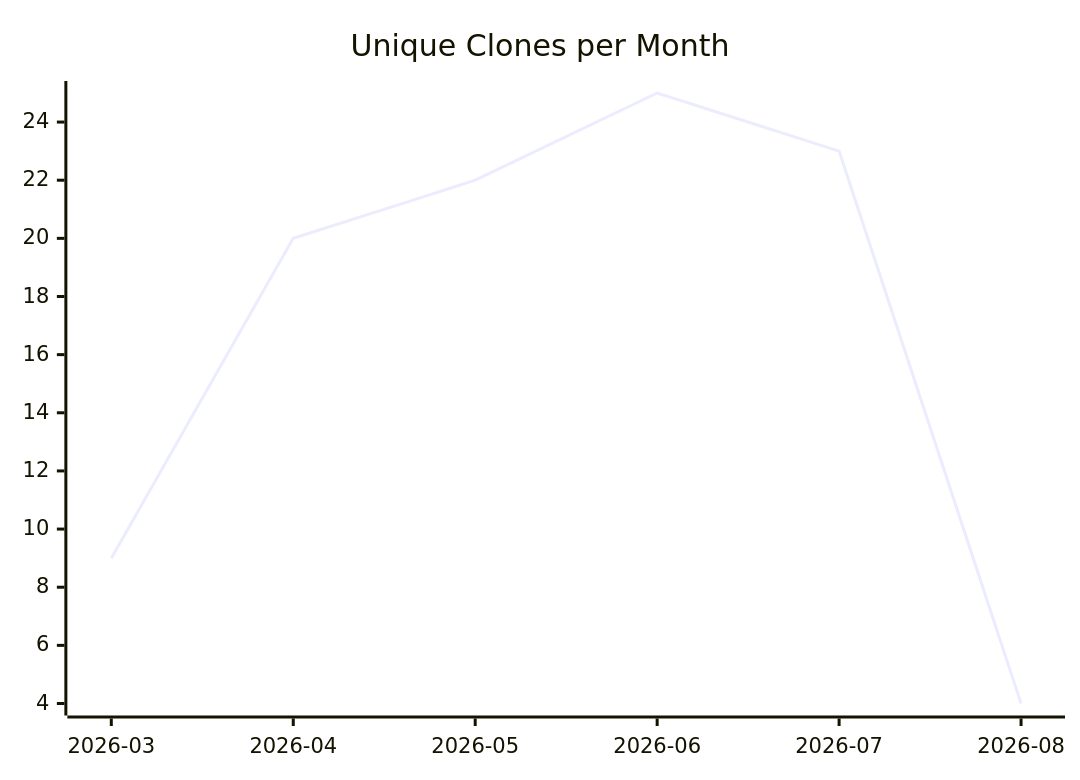
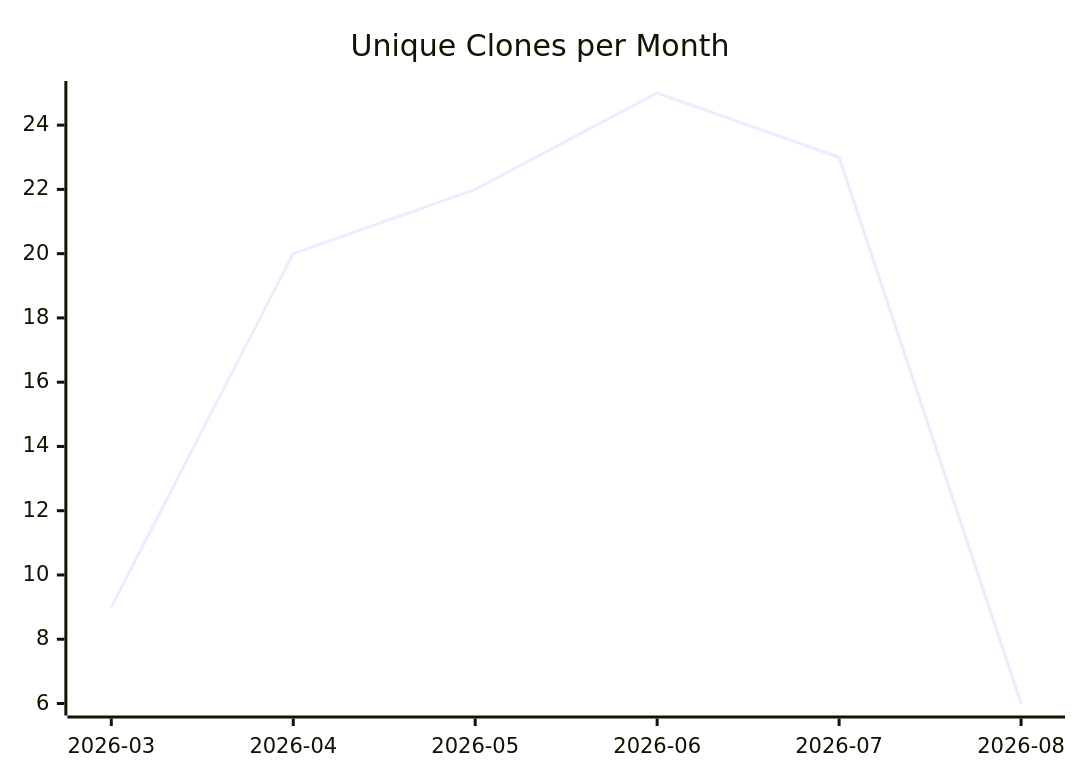
One commit to justdavis-family/github-analytics-data changed the third of 3 diagrams in karlmdavis/kxml2/README.md. Above: the diagram before and after it, drawn with Mermaid. The commit also changed other lines of this file and 164 other files, not shown here.

````diff
--- a/karlmdavis/kxml2/README.md
+++ b/karlmdavis/kxml2/README.md
@@ -19,6 +19,6 @@
 ```mermaid
 xychart-beta
   title "Unique Clones per Month"
   x-axis ["2026-03", "2026-04", "2026-05", "2026-06", "2026-07", "2026-08"]
-  line [9, 20, 22, 25, 23, 4]
+  line [9, 20, 22, 25, 23, 6]
 ```
````
